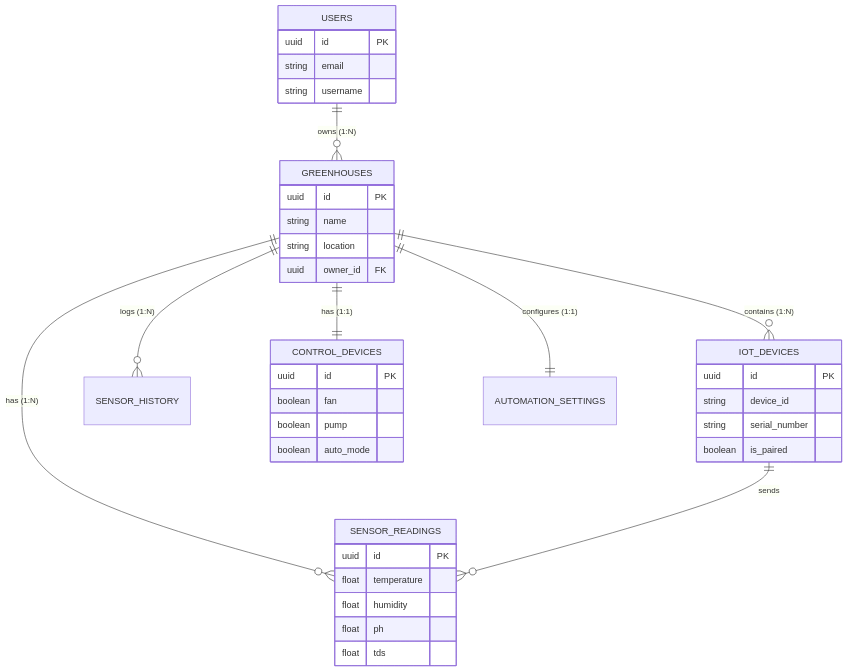
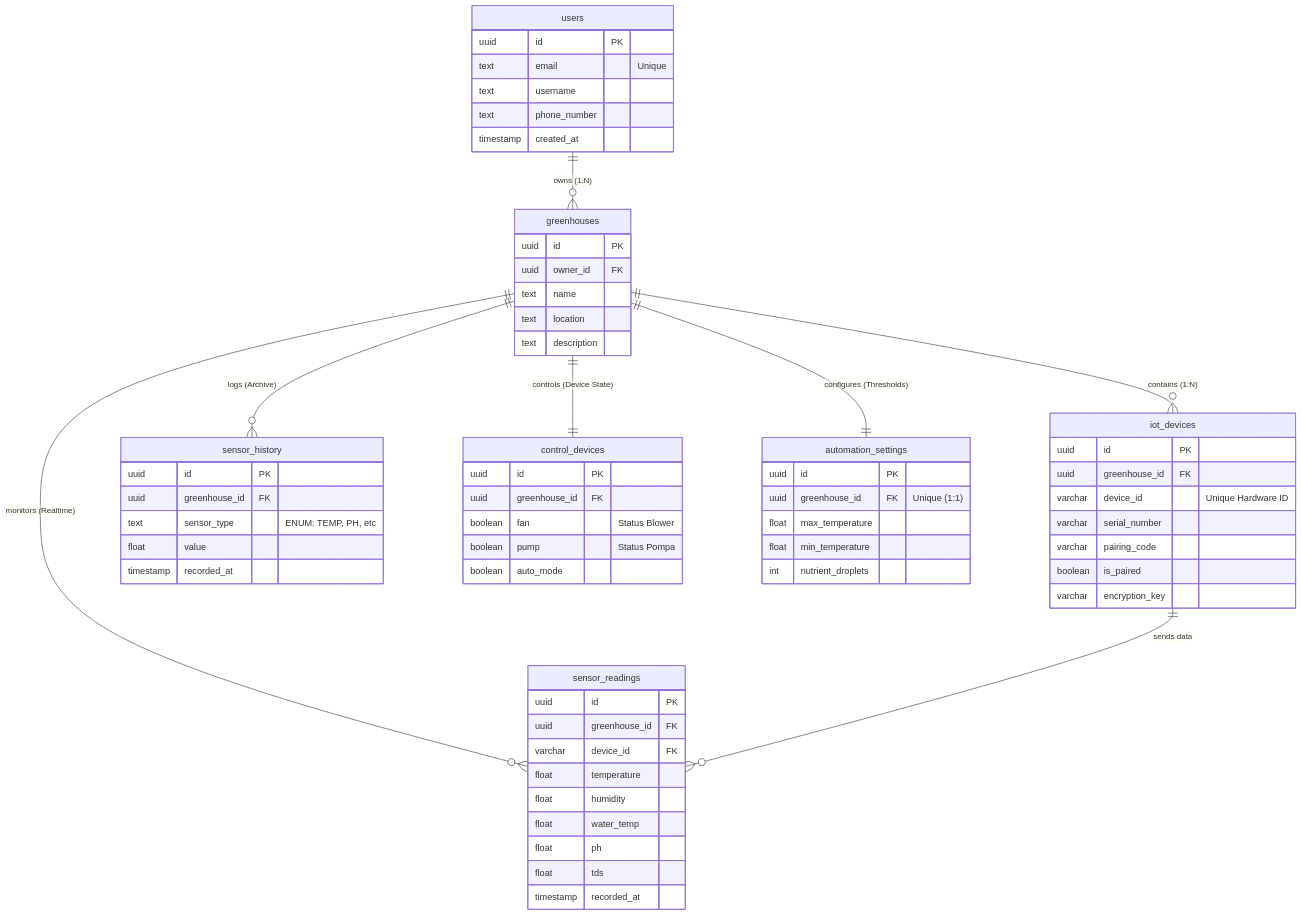
One commit to HaritsDetya/Melon_Monitoring_and_Automation changed the second of 2 diagrams in README.md. Above: the diagram before and after it, drawn with Mermaid.

````diff
--- a/README.md
+++ b/README.md
@@ -191,45 +191,80 @@
 ``` mermaid
 erDiagram
-    USERS ||--o{ GREENHOUSES : "owns (1:N)"
-    GREENHOUSES ||--o{ IOT_DEVICES : "contains (1:N)"
-    GREENHOUSES ||--o{ SENSOR_READINGS : "has (1:N)"
-    GREENHOUSES ||--o{ SENSOR_HISTORY : "logs (1:N)"
-    GREENHOUSES ||--|| CONTROL_DEVICES : "has (1:1)"
-    GREENHOUSES ||--|| AUTOMATION_SETTINGS : "configures (1:1)"
-    IOT_DEVICES ||--o{ SENSOR_READINGS : "sends"
-
-    USERS {
+    users {
         uuid id PK
-        string email
-        string username
+        text email "Unique"
+        text username
+        text phone_number
+        timestamp created_at
     }
 
-    GREENHOUSES {
+    greenhouses {
         uuid id PK
-        string name
-        string location
         uuid owner_id FK
+        text name
+        text location
+        text description
     }
 
-    IOT_DEVICES {
+    iot_devices {
         uuid id PK
-        string device_id
-        string serial_number
+        uuid greenhouse_id FK
+        varchar device_id "Unique Hardware ID"
+        varchar serial_number
+        varchar pairing_code
         boolean is_paired
+        varchar encryption_key
     }
 
-    SENSOR_READINGS {
+    sensor_readings {
         uuid id PK
+        uuid greenhouse_id FK
+        varchar device_id FK
         float temperature
         float humidity
+        float water_temp
         float ph
         float tds
+        timestamp recorded_at
     }
 
-    CONTROL_DEVICES {
+    sensor_history {
         uuid id PK
-        boolean fan
-        boolean pump
+        uuid greenhouse_id FK
+        text sensor_type "ENUM: TEMP, PH, etc"
+        float value
+        timestamp recorded_at
+    }
+
+    control_devices {
+        uuid id PK
+        uuid greenhouse_id FK
+        boolean fan "Status Blower"
+        boolean pump "Status Pompa"
         boolean auto_mode
     }
+
+    automation_settings {
+        uuid id PK
+        uuid greenhouse_id FK "Unique (1:1)"
+        float max_temperature
+        float min_temperature
+        int nutrient_droplets
+    }
+
+    %% RELASI ANTAR TABEL %%
+
+    users ||--o{ greenhouses : "owns (1:N)"
+    
+    greenhouses ||--o{ iot_devices : "contains (1:N)"
+    
+    greenhouses ||--o{ sensor_readings : "monitors (Realtime)"
+    
+    iot_devices ||--o{ sensor_readings : "sends data"
+    
+    greenhouses ||--o{ sensor_history : "logs (Archive)"
+    
+    greenhouses ||--|| control_devices : "controls (Device State)"
+    
+    greenhouses ||--|| automation_settings : "configures (Thresholds)"
 ```
````
